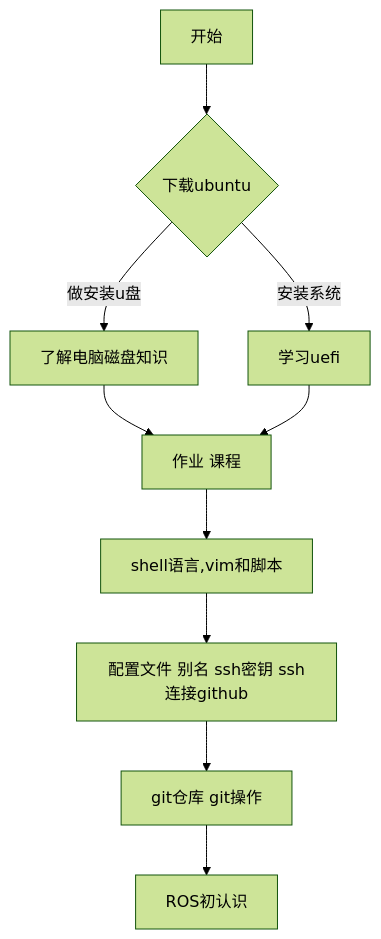
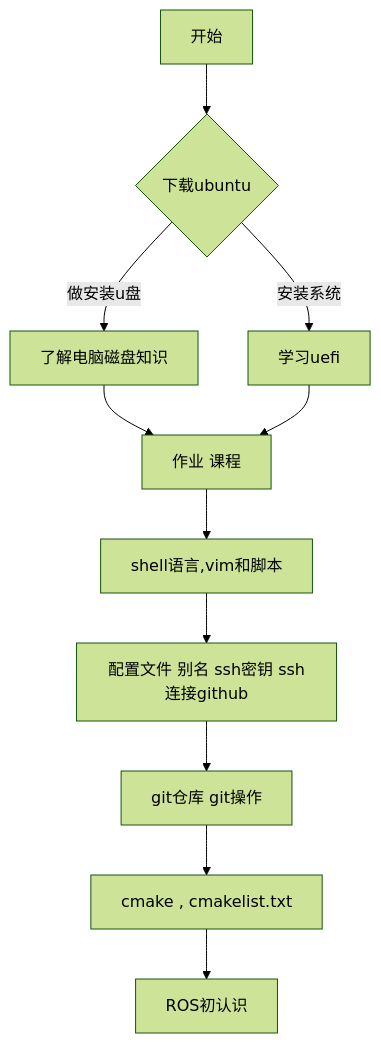
One commit to 33curry/git_2025 changed the diagram in 2025-finalproject/README.md. Above: the diagram before and after it, drawn with Mermaid (forest theme).

````diff
--- a/2025-finalproject/README.md
+++ b/2025-finalproject/README.md
@@ -1,12 +1,13 @@
 ```mermaid
 graph TD
     A[开始] --> B{下载ubuntu}
     B -->|做安装u盘| C[了解电脑磁盘知识]
     B -->|安装系统| D[学习uefi]
     C --> E[作业 课程]
     D --> E
     E --> F[shell语言,vim和脚本]
     F --> G[配置文件 别名 ssh密钥 ssh连接github]
     G --> K[git仓库 git操作]
-    K --> L[ROS初认识]
+    K --> H[cmake , cmakelist.txt]
+    H --> L[ROS初认识]
 ```
````
